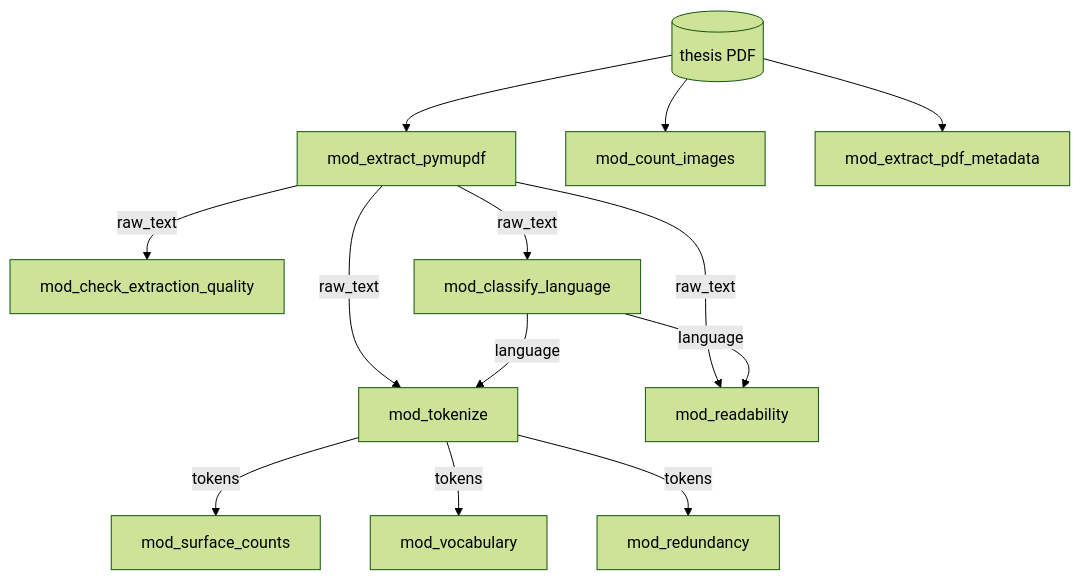
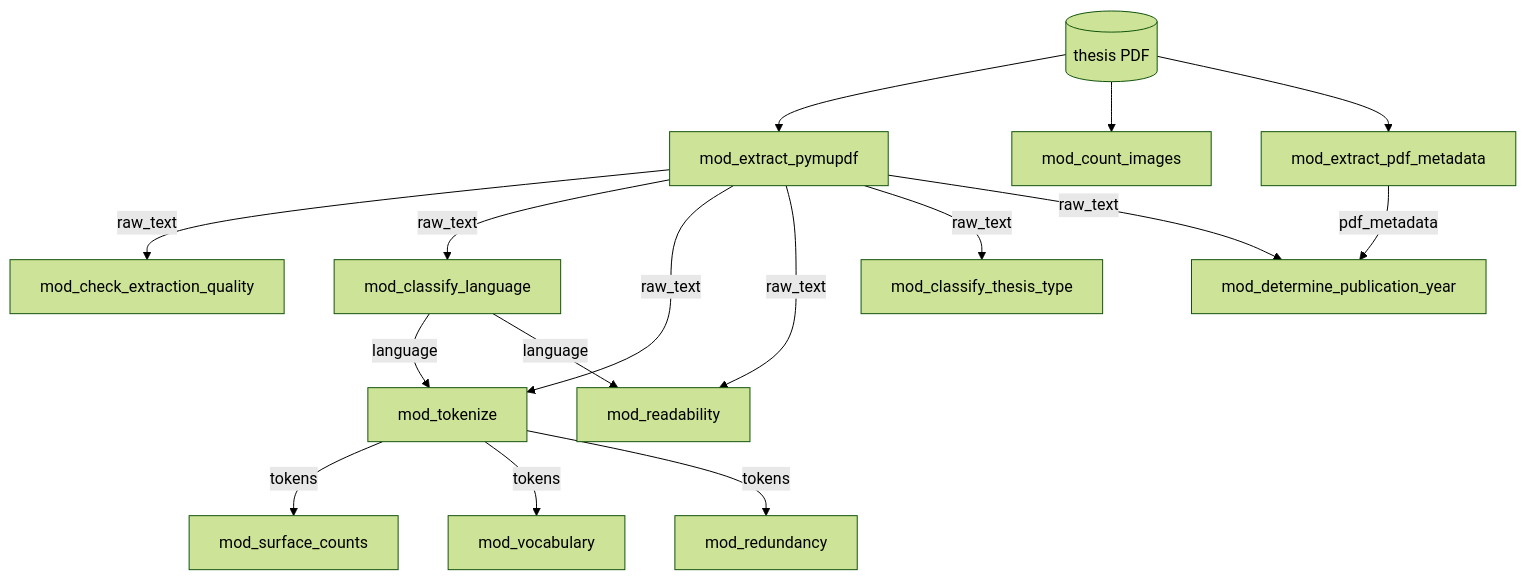
Before and after one commit to olistroemer/Thesis_Text_Analyzer: the fifth of 8 diagrams in docs/SDD.md, drawn with Mermaid (forest theme). The commit also changed other lines of this file and 3 other files, not shown here.

First line of the commit message:
docs: SDD-first for core-pass lane (#38 lazy hash, #9 type detection, #17 publication_year)

````diff
--- a/docs/SDD.md
+++ b/docs/SDD.md
@@ -253,15 +253,18 @@
 ```mermaid
 flowchart TD
     PDF[(thesis PDF)] --> M1[mod_extract_pymupdf]
     PDF --> M9[mod_count_images]
     PDF --> M10[mod_extract_pdf_metadata]
     M1 -->|raw_text| M2[mod_check_extraction_quality]
     M1 -->|raw_text| M3[mod_classify_language]
     M1 -->|raw_text| M4[mod_tokenize]
     M3 -->|language| M4
     M1 -->|raw_text| M7[mod_readability]
     M3 -->|language| M7
     M4 -->|tokens| M5[mod_surface_counts]
     M4 -->|tokens| M6[mod_vocabulary]
     M4 -->|tokens| M8[mod_redundancy]
+    M1 -->|raw_text| M11[mod_classify_thesis_type]
+    M1 -->|raw_text| M12[mod_determine_publication_year]
+    M10 -->|pdf_metadata| M12
 ```
````
